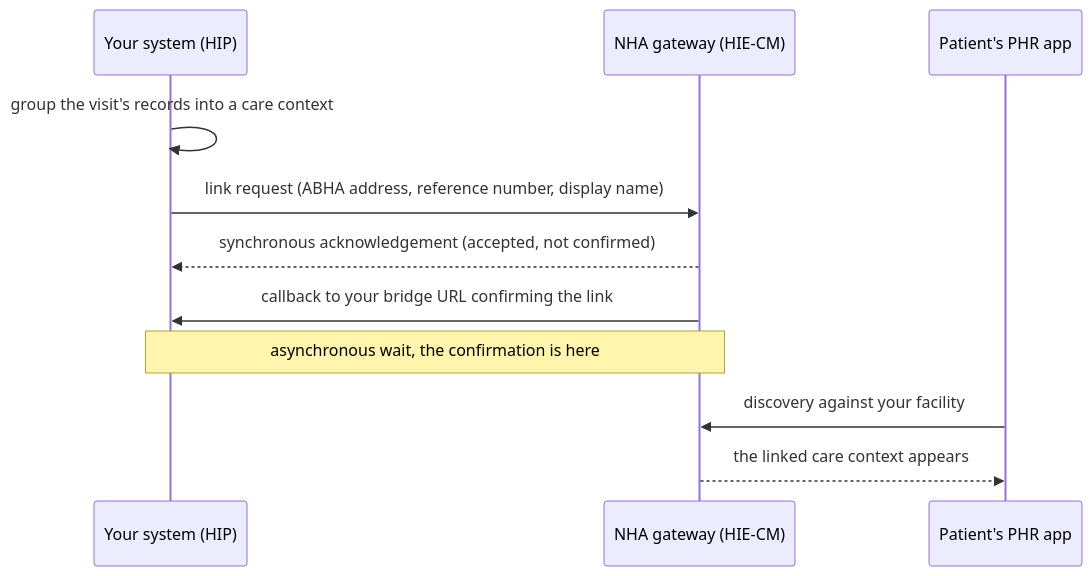
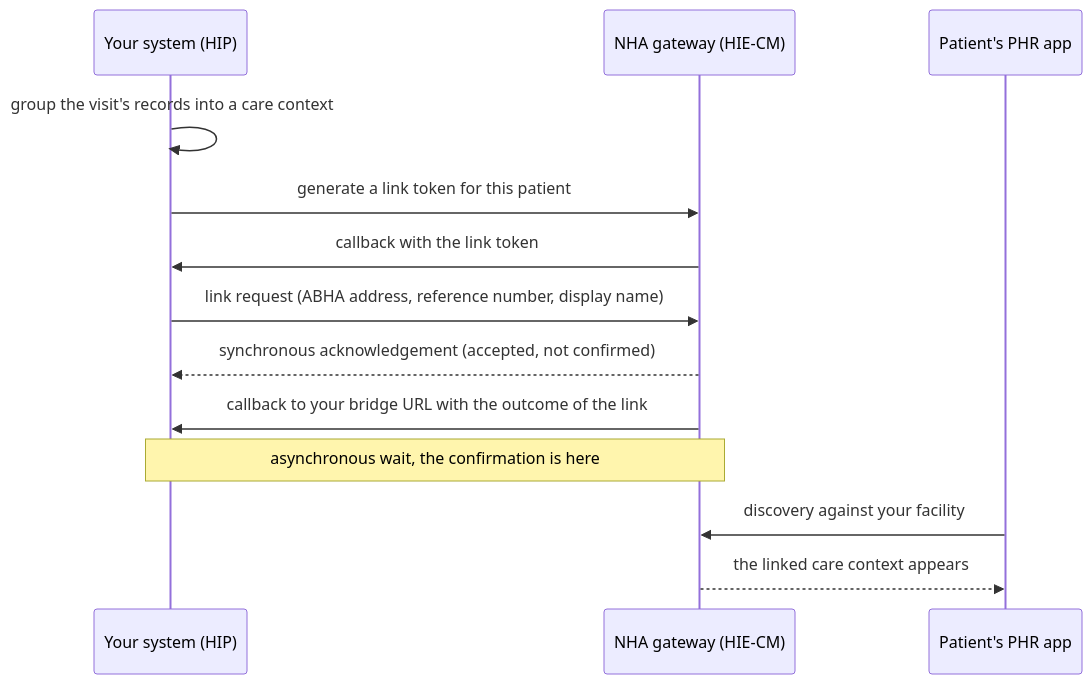
Before and after one commit to nha-in/docs: the diagram in catalogue/hiecm/flows/m2-link-care-context.md, drawn with Mermaid. The commit also changed other lines of this file and 8 other files, not shown here.

First line of the commit message:
fix: the M2 linking flow names its calls, and its callbacks exist

````diff
--- a/catalogue/hiecm/flows/m2-link-care-context.md
+++ b/catalogue/hiecm/flows/m2-link-care-context.md
@@ -56,13 +74,15 @@
 ```mermaid
 sequenceDiagram
     participant HIP as Your system (HIP)
     participant GW as NHA gateway (HIE-CM)
     participant PHR as Patient's PHR app
     HIP->>HIP: group the visit's records into a care context
+    HIP->>GW: generate a link token for this patient
+    GW->>HIP: callback with the link token
     HIP->>GW: link request (ABHA address, reference number, display name)
     GW-->>HIP: synchronous acknowledgement (accepted, not confirmed)
-    GW->>HIP: callback to your bridge URL confirming the link
+    GW->>HIP: callback to your bridge URL with the outcome of the link
     Note over HIP,GW: asynchronous wait, the confirmation is here
     PHR->>GW: discovery against your facility
     GW-->>PHR: the linked care context appears
 ```
````
